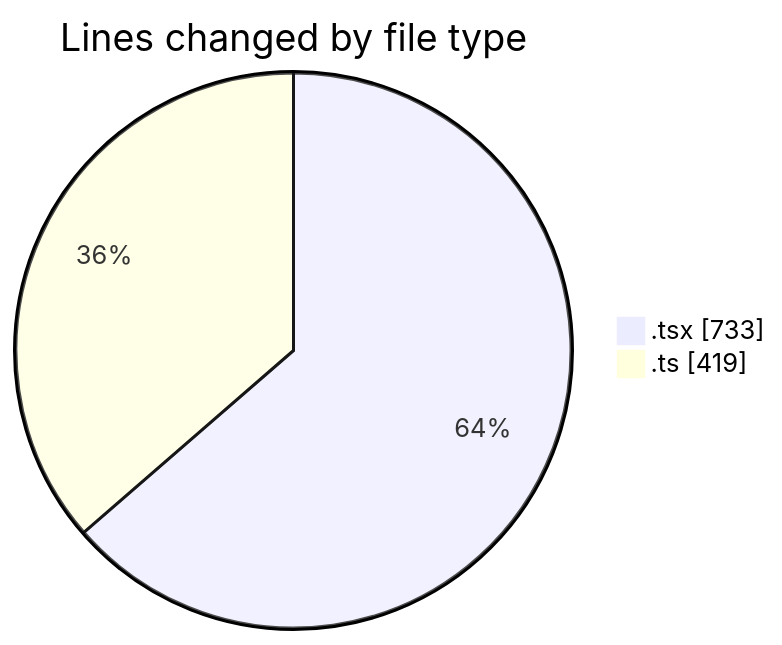
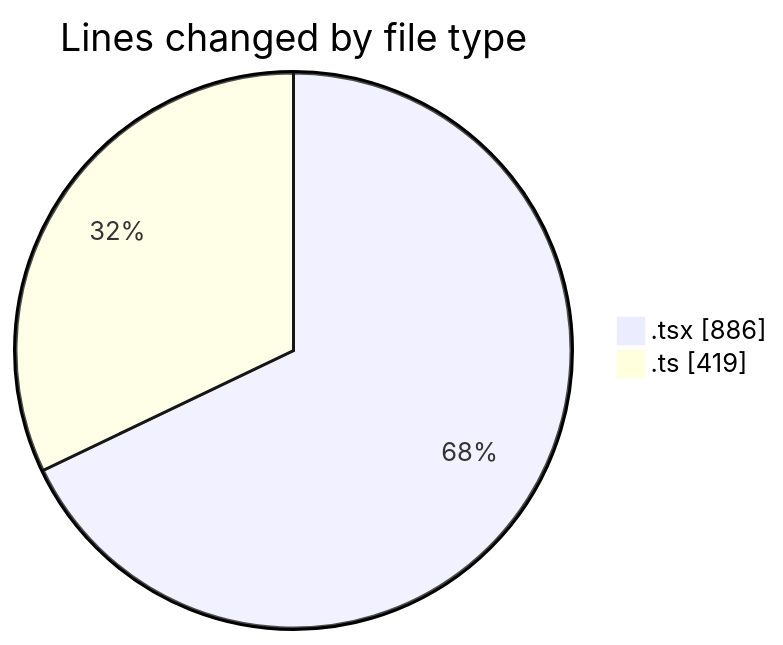
One commit to julien-gomy/code-tracking changed the first of 2 diagrams in 2025-10-16/eventscop-frontend-guide__workspace_/README.md. Above: the diagram before and after it, drawn with Mermaid. The commit also changed other lines of this file and 1 other file, not shown here.

````diff
--- a/2025-10-16/eventscop-frontend-guide__workspace_/README.md
+++ b/2025-10-16/eventscop-frontend-guide__workspace_/README.md
@@ -29,6 +30,6 @@
 ```mermaid
 pie showData
 title Lines changed by file type
-".tsx" : 733
+".tsx" : 886
 ".ts" : 419
 ```
````
